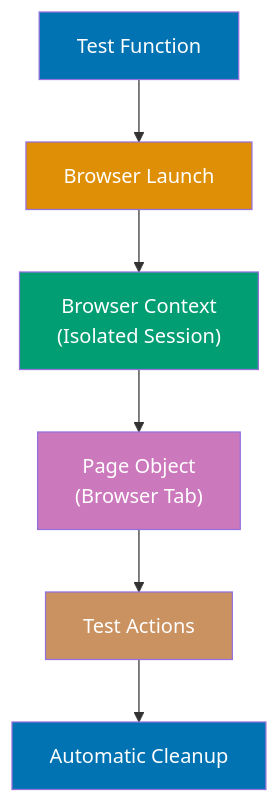
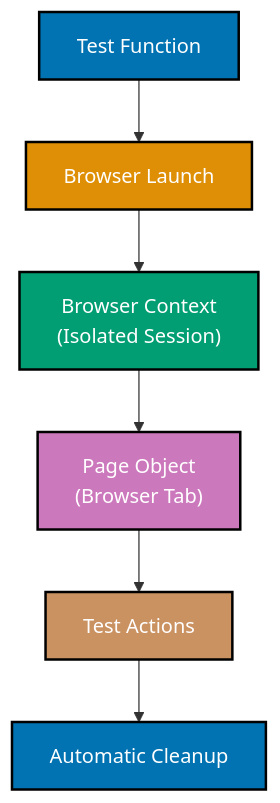
One commit to wahidyankf/open-sharia-enterprise changed the first of 15 diagrams in apps/ayokoding-web/content/en/learn/software-engineering/automation-testing/tools/playwright/by-example/beginner.md. Above: the diagram before and after it, drawn with Mermaid. The commit also changed other lines of this file and 25 other files, not shown here.

````diff
--- a/apps/ayokoding-web/content/en/learn/software-engineering/automation-testing/tools/playwright/by-example/beginner.md
+++ b/apps/ayokoding-web/content/en/learn/software-engineering/automation-testing/tools/playwright/by-example/beginner.md
@@ -18,16 +18,16 @@
 ```mermaid
 %% Color Palette: Blue #0173B2, Orange #DE8F05, Teal #029E73, Purple #CC78BC, Brown #CA9161
 graph TD
     Test["Test Function"] --> Browser["Browser Launch"]
     Browser --> Context["Browser Context<br/>(Isolated Session)"]
     Context --> Page["Page Object<br/>(Browser Tab)"]
     Page --> Actions["Test Actions"]
     Actions --> Cleanup["Automatic Cleanup"]
 
-    style Test fill:#0173B2,color:#fff
-    style Browser fill:#DE8F05,color:#fff
-    style Context fill:#029E73,color:#fff
-    style Page fill:#CC78BC,color:#fff
-    style Actions fill:#CA9161,color:#fff
-    style Cleanup fill:#0173B2,color:#fff
+    style Test fill:#0173B2,stroke:#000000,stroke-width:2px,color:#fff
+    style Browser fill:#DE8F05,stroke:#000000,stroke-width:2px,color:#fff
+    style Context fill:#029E73,stroke:#000000,stroke-width:2px,color:#fff
+    style Page fill:#CC78BC,stroke:#000000,stroke-width:2px,color:#fff
+    style Actions fill:#CA9161,stroke:#000000,stroke-width:2px,color:#fff
+    style Cleanup fill:#0173B2,stroke:#000000,stroke-width:2px,color:#fff
 ```
````
